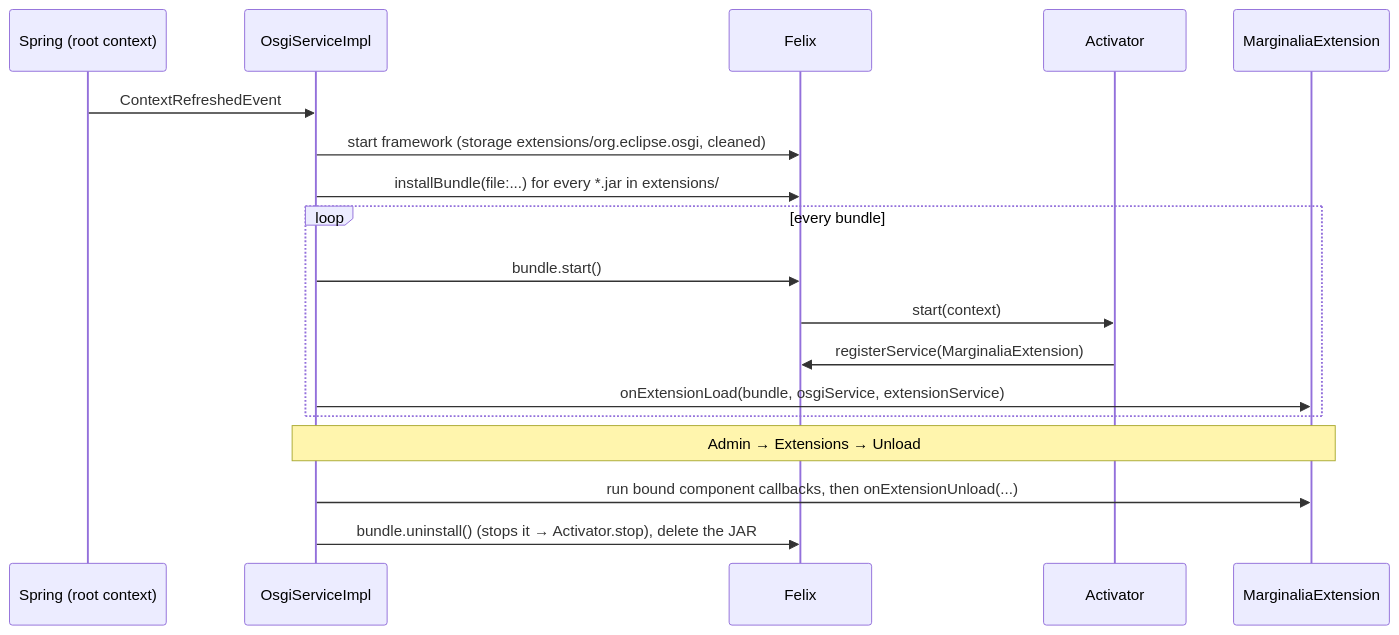
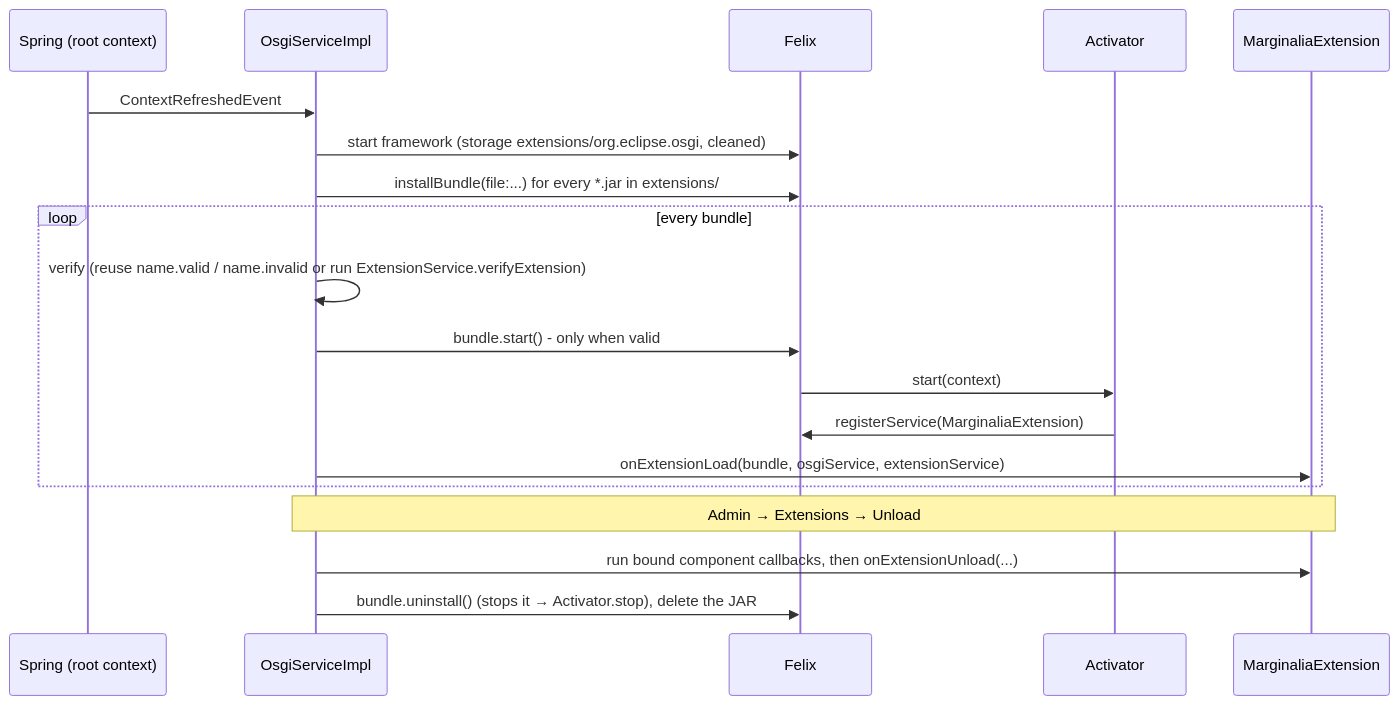
One commit to Enerccio/Marginalia changed the diagram in docs/developer/plugins/overview.md. Above: the diagram before and after it, drawn with Mermaid. The commit also changed other lines of this file and 78 other files, not shown here.

````diff
--- a/docs/developer/plugins/overview.md
+++ b/docs/developer/plugins/overview.md
@@ -165,21 +165,22 @@
 ```mermaid
 sequenceDiagram
     participant S as Spring (root context)
     participant O as OsgiServiceImpl
     participant F as Felix
     participant A as Activator
     participant E as MarginaliaExtension
 
     S->>O: ContextRefreshedEvent
     O->>F: start framework (storage extensions/org.eclipse.osgi, cleaned)
     O->>F: installBundle(file:...) for every *.jar in extensions/
     loop every bundle
-        O->>F: bundle.start()
+        O->>O: verify (reuse name.valid / name.invalid or run ExtensionService.verifyExtension)
+        O->>F: bundle.start() - only when valid
         F->>A: start(context)
         A->>F: registerService(MarginaliaExtension)
         O->>E: onExtensionLoad(bundle, osgiService, extensionService)
     end
     Note over O,E: Admin → Extensions → Unload
     O->>E: run bound component callbacks, then onExtensionUnload(...)
     O->>F: bundle.uninstall() (stops it → Activator.stop), delete the JAR
 ```
````
